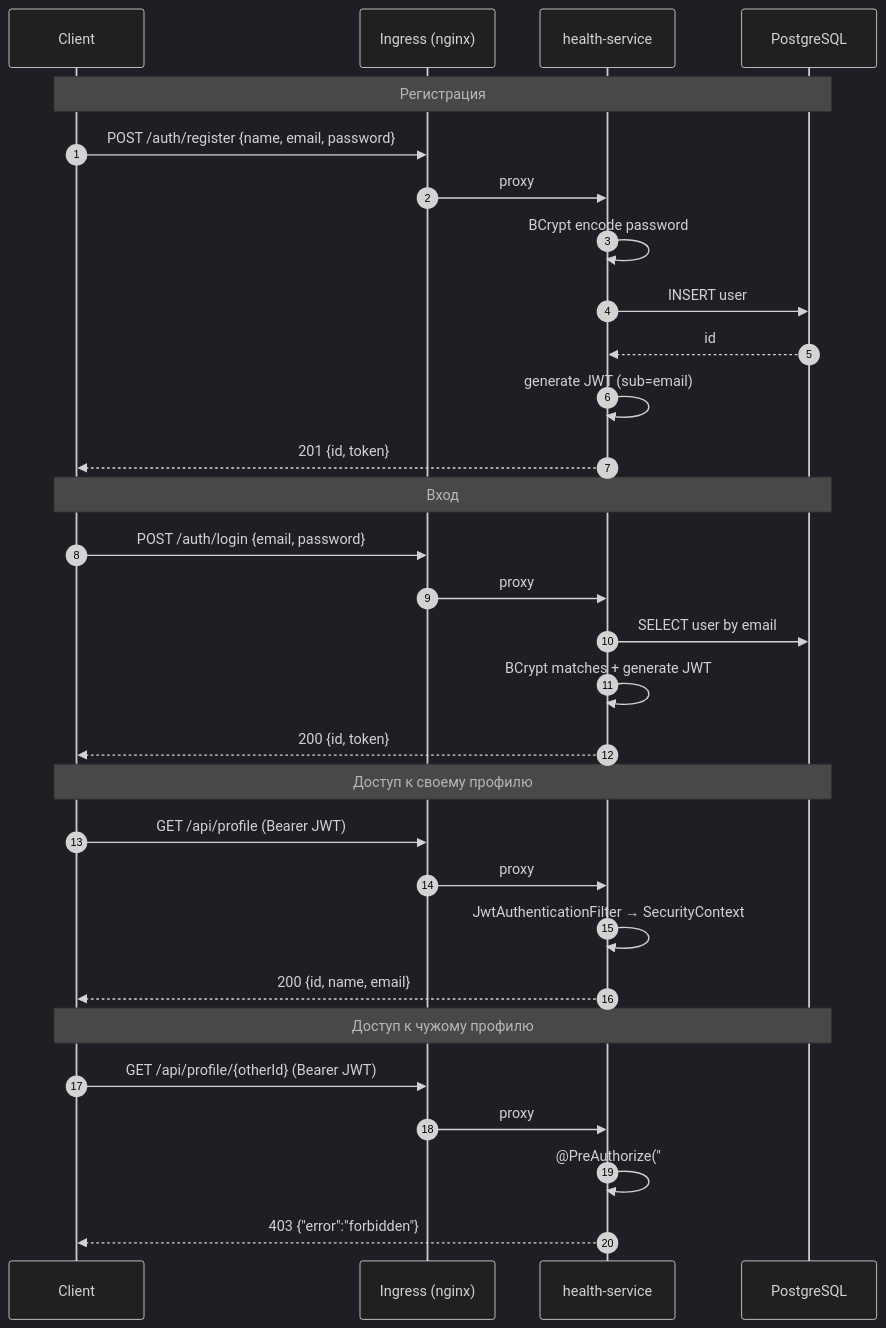
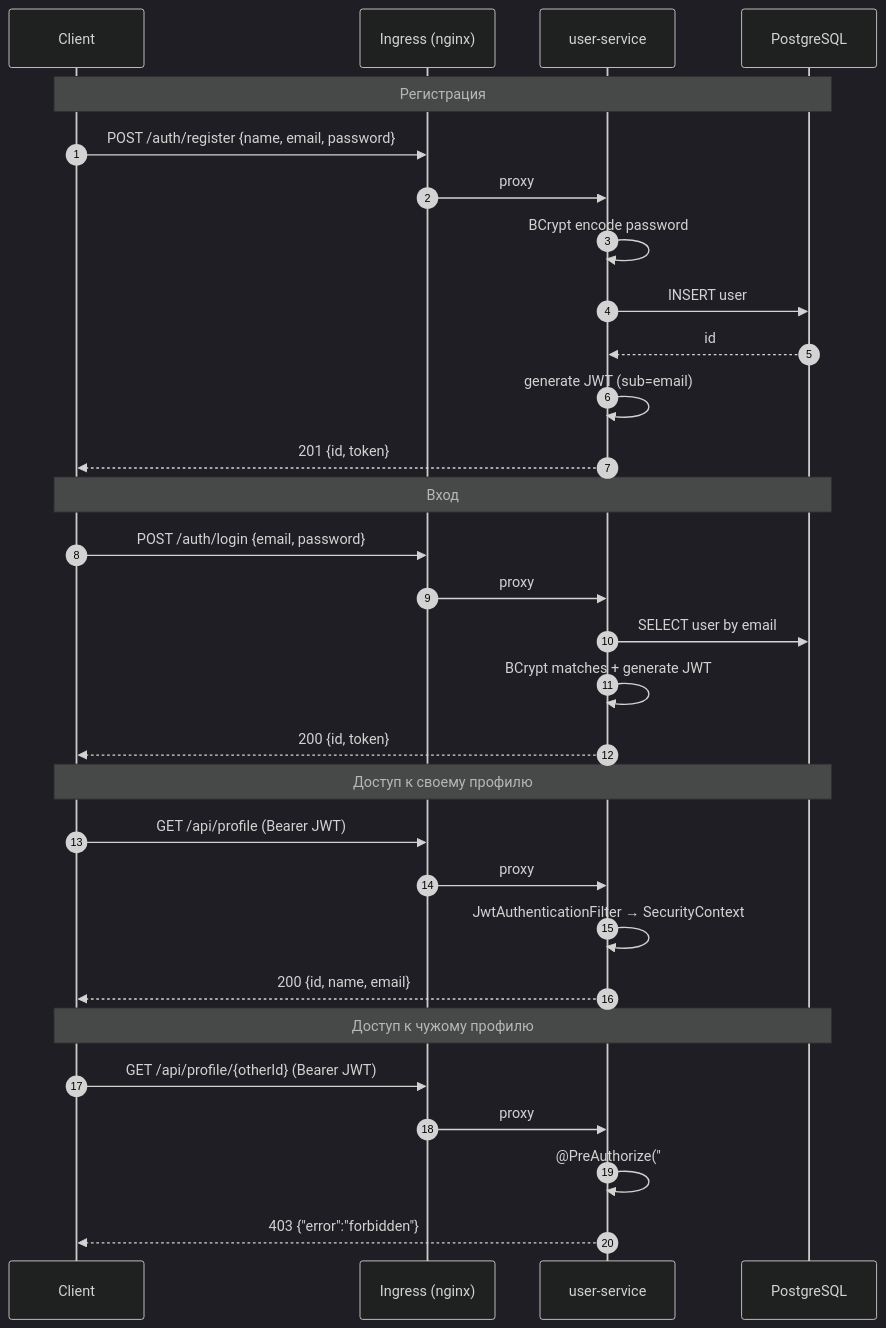
One commit to Khramko/user-service changed the second of 3 diagrams in README.md. Above: the diagram before and after it, drawn with Mermaid (dark theme). The commit also changed other lines of this file and 85 other files, not shown here.

Commit message:
fix(review): close legacy /api/users, rename health-service -> user-service

````diff
--- a/README.md
+++ b/README.md
@@ -68,36 +68,36 @@
 ```mermaid
 sequenceDiagram
     autonumber
     participant C as Client
     participant I as Ingress (nginx)
-    participant S as health-service
+    participant S as user-service
     participant DB as PostgreSQL
 
     Note over C,DB: Регистрация
     C->>I: POST /auth/register {name, email, password}
     I->>S: proxy
     S->>S: BCrypt encode password
     S->>DB: INSERT user
     DB-->>S: id
     S->>S: generate JWT (sub=email)
     S-->>C: 201 {id, token}
 
     Note over C,DB: Вход
     C->>I: POST /auth/login {email, password}
     I->>S: proxy
     S->>DB: SELECT user by email
     S->>S: BCrypt matches + generate JWT
     S-->>C: 200 {id, token}
 
     Note over C,DB: Доступ к своему профилю
     C->>I: GET /api/profile (Bearer JWT)
     I->>S: proxy
     S->>S: JwtAuthenticationFilter → SecurityContext
     S-->>C: 200 {id, name, email}
 
     Note over C,DB: Доступ к чужому профилю
     C->>I: GET /api/profile/{otherId} (Bearer JWT)
     I->>S: proxy
     S->>S: @PreAuthorize("#id == principal.id") → false
     S-->>C: 403 {"error":"forbidden"}
 ```
````
